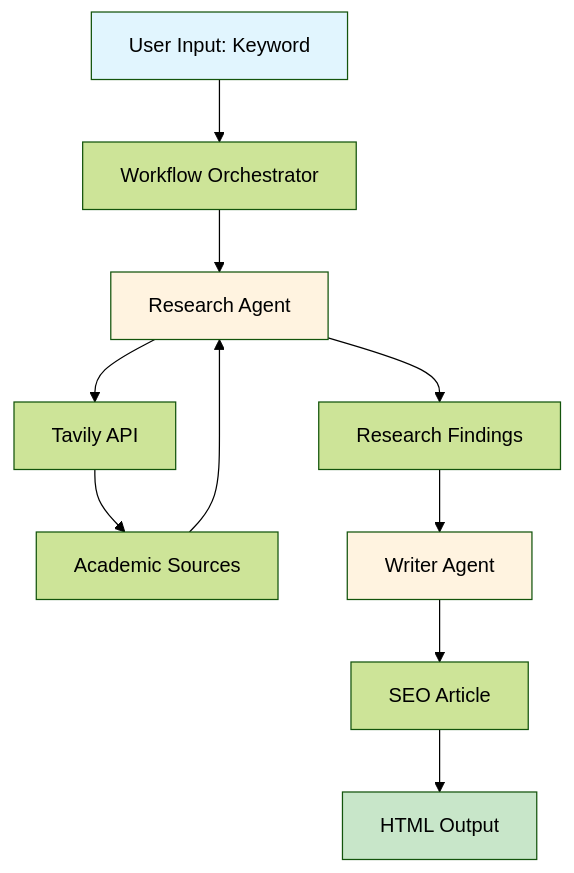
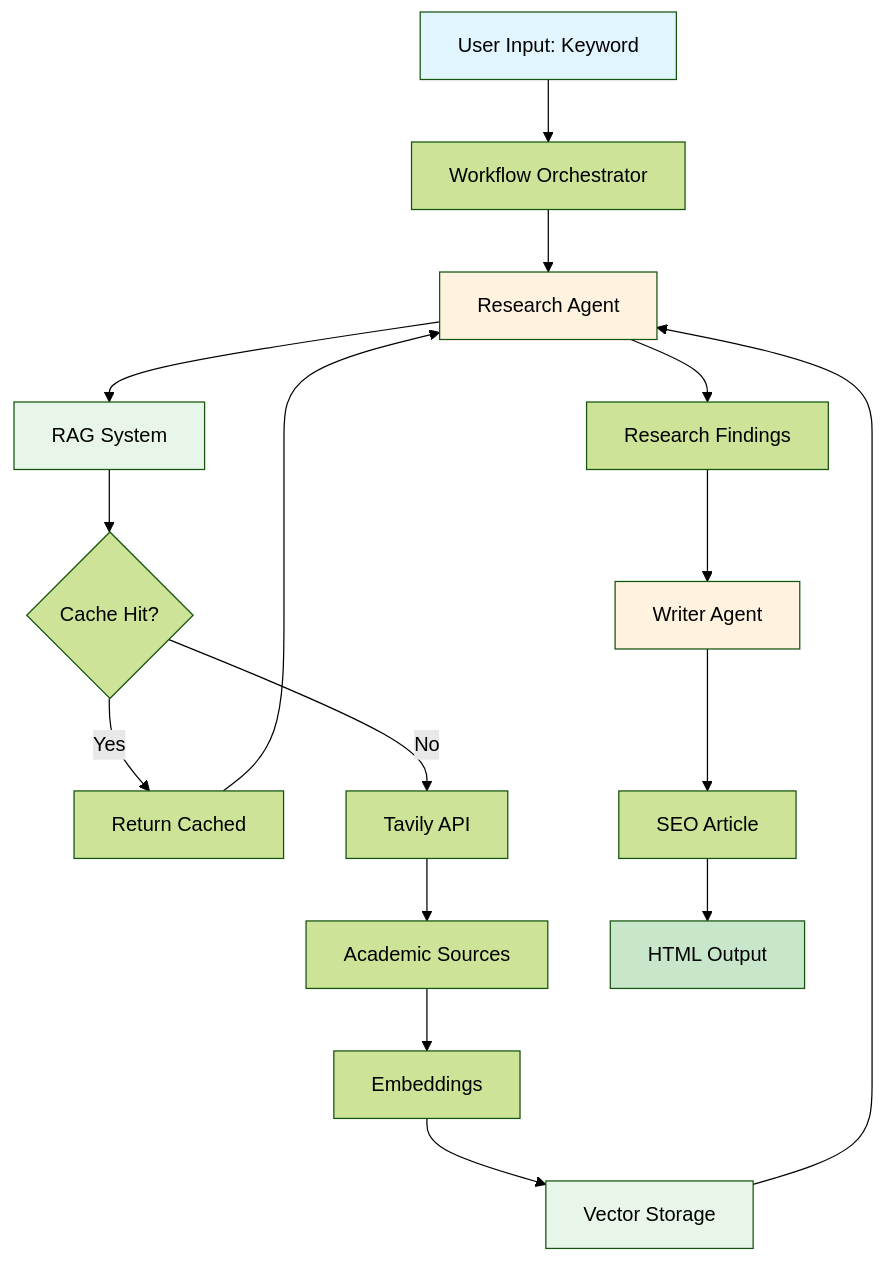
One commit to fmckie/AI-Agent-Blog changed the first of 2 diagrams in README.md. Above: the diagram before and after it, drawn with Mermaid (forest theme). The commit also changed other lines of this file and 4 other files, not shown here.

Commit message:
feat: Add cache management CLI commands and improve RAG integration

````diff
--- a/README.md
+++ b/README.md
@@ -22,17 +23,25 @@
 ```mermaid
 graph TD
     A[User Input: Keyword] --> B[Workflow Orchestrator]
     B --> C[Research Agent]
-    C --> D[Tavily API]
+    C --> R[RAG System]
+    R --> S{Cache Hit?}
+    S -->|Yes| T[Return Cached]
+    S -->|No| D[Tavily API]
     D --> E[Academic Sources]
-    E --> C
+    E --> U[Embeddings]
+    U --> V[Vector Storage]
+    V --> C
+    T --> C
     C --> F[Research Findings]
     F --> G[Writer Agent]
     G --> H[SEO Article]
     H --> I[HTML Output]
     
     style A fill:#e1f5fe
     style I fill:#c8e6c9
     style C fill:#fff3e0
     style G fill:#fff3e0
+    style R fill:#e8f5e9
+    style V fill:#e8f5e9
 ```
````
